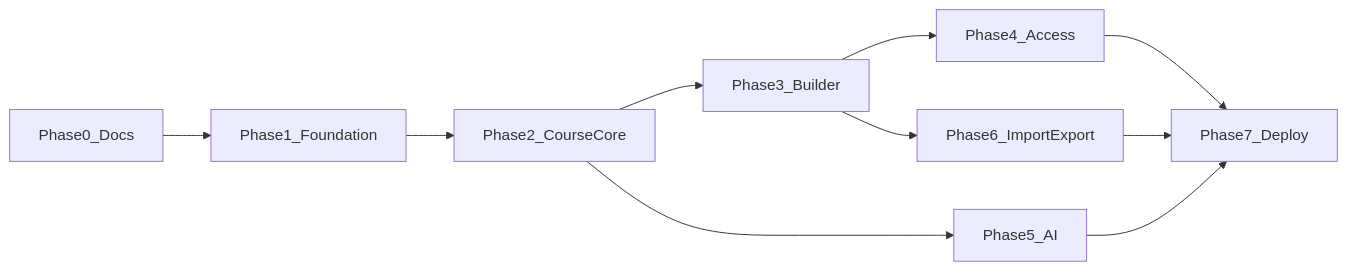
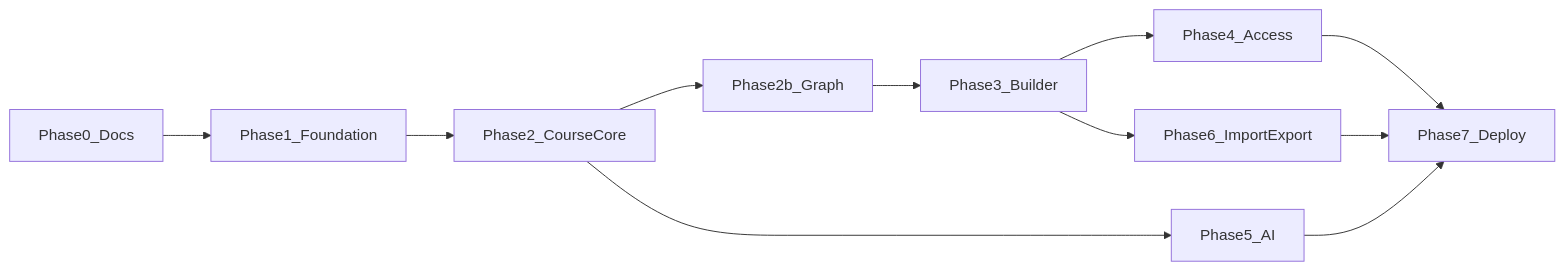
The diagram in docs/architecture/MVP_ROADMAP.md (effexorxruser/personal-lms), drawn with Mermaid before and after one commit. The commit also changed other lines of this file and 7 other files, not shown here.

First line of the commit message:
docs: Course Knowledge Graph и синхронизация guardrails

````diff
--- a/docs/architecture/MVP_ROADMAP.md
+++ b/docs/architecture/MVP_ROADMAP.md
@@ -24,12 +25,13 @@
 ```mermaid
 flowchart LR
   P0[Phase0_Docs] --> P1[Phase1_Foundation]
   P1 --> P2[Phase2_CourseCore]
-  P2 --> P3[Phase3_Builder]
+  P2 --> P2b[Phase2b_Graph]
+  P2b --> P3[Phase3_Builder]
   P3 --> P4[Phase4_Access]
   P2 --> P5[Phase5_AI]
   P3 --> P6[Phase6_ImportExport]
   P4 --> P7[Phase7_Deploy]
   P5 --> P7
   P6 --> P7
 ```
````
